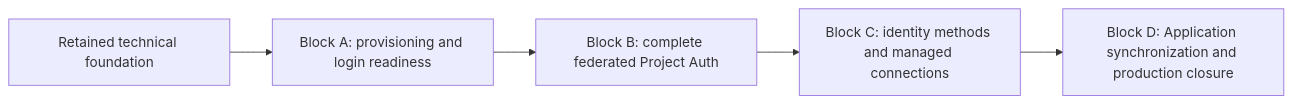
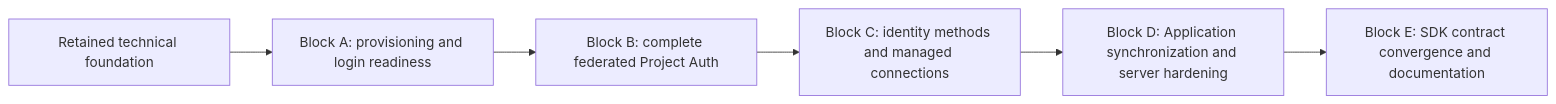
One commit to owlfoundry/owlauth changed the diagram in spec/implementation-plan.md. Above: the diagram before and after it, drawn with Mermaid. The commit also changed other lines of this file and 151 other files, not shown here.

````diff
--- a/spec/implementation-plan.md
+++ b/spec/implementation-plan.md
@@ -235,7 +228,8 @@
 ```mermaid
 flowchart LR
     F[Retained technical foundation] --> A[Block A: provisioning and login readiness]
     A --> B[Block B: complete federated Project Auth]
     B --> C[Block C: identity methods and managed connections]
-    C --> D[Block D: Application synchronization and production closure]
+    C --> D[Block D: Application synchronization and server hardening]
+    D --> E[Block E: SDK contract convergence and documentation]
 ```
````
